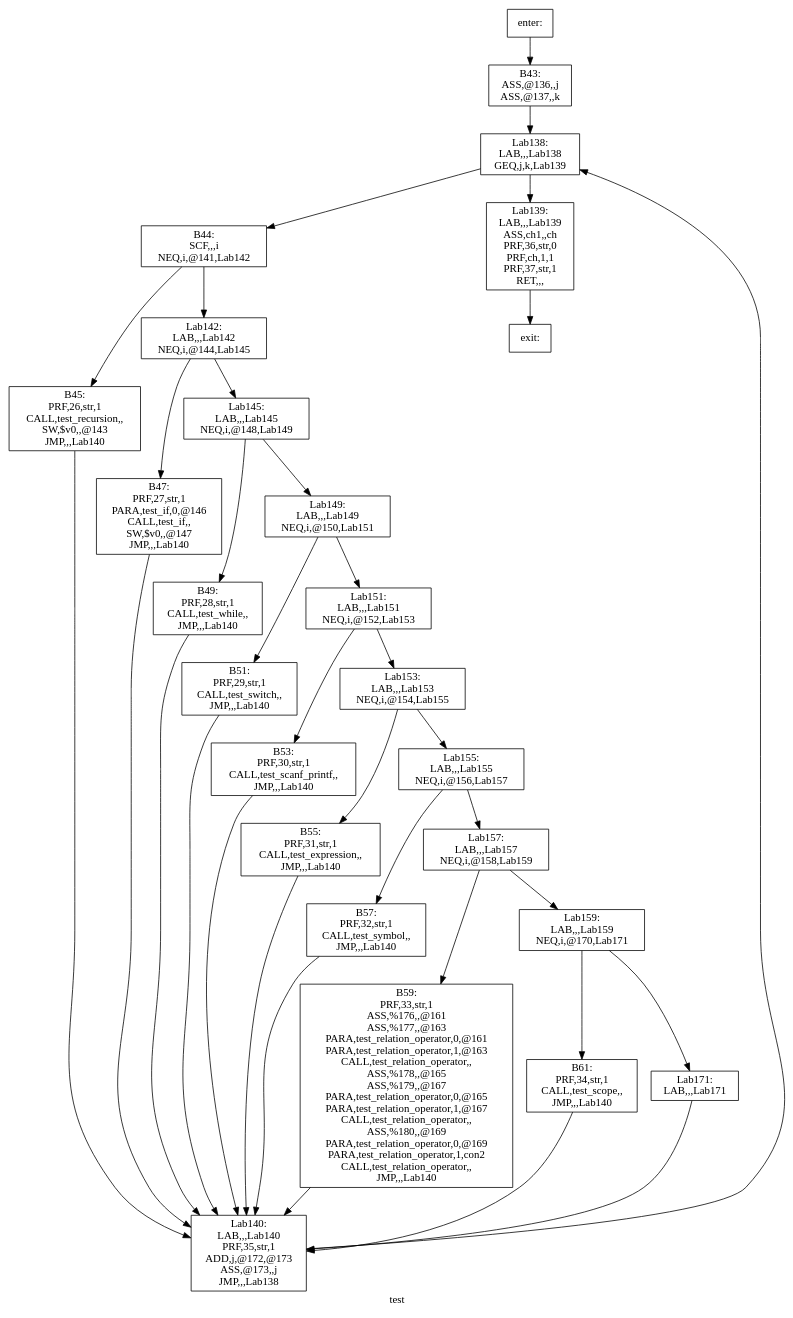
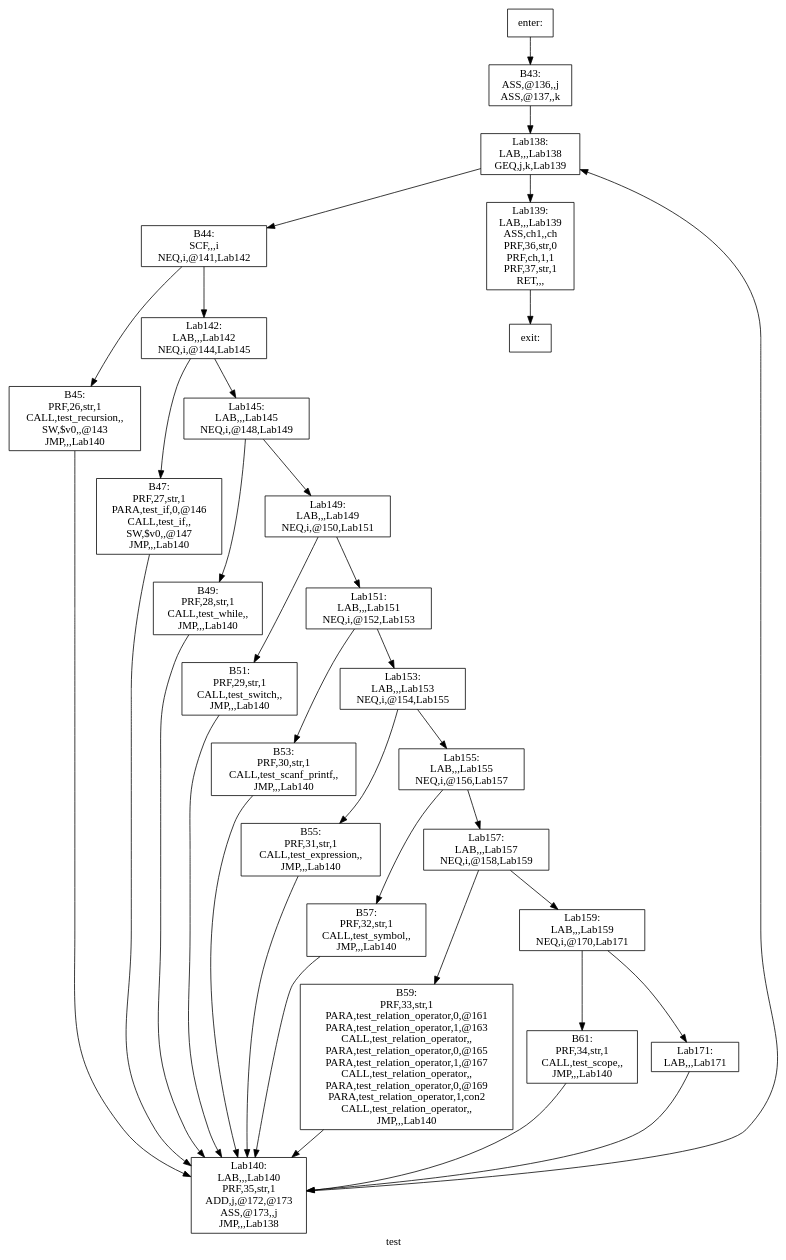
One commit to yifan123/Compiler changed the diagram in Compiler/basic_block/dot/test.dot. Above: the diagram before and after it, drawn with Graphviz. The commit also changed 24 other files, not shown here.

Commit message:
整个编译器已经完工，优化已做了：  … 1. 常量折叠 2. 划分基本块并使用graphviz绘制控制流图 3. 在parser时直接将所有常量的值计算出来 接下来准备做： 1. 还没想好，可能是数据流......

```diff
--- a/Compiler/basic_block/dot/test.dot
+++ b/Compiler/basic_block/dot/test.dot
@@ -1,62 +1,62 @@
 digraph test{
 label =test
 B43[label="B43:\nASS,@136,,j\nASS,@137,,k\n" shape=box]
 B44[label="B44:\nSCF,,,i\nNEQ,i,@141,Lab142\n" shape=box]
 B45[label="B45:\nPRF,26,str,1\nCALL,test_recursion,,\nSW,$v0,,@143\nJMP,,,Lab140\n" shape=box]
 B47[label="B47:\nPRF,27,str,1\nPARA,test_if,0,@146\nCALL,test_if,,\nSW,$v0,,@147\nJMP,,,Lab140\n" shape=box]
 B49[label="B49:\nPRF,28,str,1\nCALL,test_while,,\nJMP,,,Lab140\n" shape=box]
 B51[label="B51:\nPRF,29,str,1\nCALL,test_switch,,\nJMP,,,Lab140\n" shape=box]
 B53[label="B53:\nPRF,30,str,1\nCALL,test_scanf_printf,,\nJMP,,,Lab140\n" shape=box]
 B55[label="B55:\nPRF,31,str,1\nCALL,test_expression,,\nJMP,,,Lab140\n" shape=box]
 B57[label="B57:\nPRF,32,str,1\nCALL,test_symbol,,\nJMP,,,Lab140\n" shape=box]
-B59[label="B59:\nPRF,33,str,1\nASS,%176,,@161\nASS,%177,,@163\nPARA,test_relation_operator,0,@161\nPARA,test_relation_operator,1,@163\nCALL,test_relation_operator,,\nASS,%178,,@165\nASS,%179,,@167\nPARA,test_relation_operator,0,@165\nPARA,test_relation_operator,1,@167\nCALL,test_relation_operator,,\nASS,%180,,@169\nPARA,test_relation_operator,0,@169\nPARA,test_relation_operator,1,con2\nCALL,test_relation_operator,,\nJMP,,,Lab140\n" shape=box]
+B59[label="B59:\nPRF,33,str,1\nPARA,test_relation_operator,0,@161\nPARA,test_relation_operator,1,@163\nCALL,test_relation_operator,,\nPARA,test_relation_operator,0,@165\nPARA,test_relation_operator,1,@167\nCALL,test_relation_operator,,\nPARA,test_relation_operator,0,@169\nPARA,test_relation_operator,1,con2\nCALL,test_relation_operator,,\nJMP,,,Lab140\n" shape=box]
 B61[label="B61:\nPRF,34,str,1\nCALL,test_scope,,\nJMP,,,Lab140\n" shape=box]
 Lab138[label="Lab138:\nLAB,,,Lab138\nGEQ,j,k,Lab139\n" shape=box]
 Lab139[label="Lab139:\nLAB,,,Lab139\nASS,ch1,,ch\nPRF,36,str,0\nPRF,ch,1,1\nPRF,37,str,1\nRET,,,\n" shape=box]
 Lab140[label="Lab140:\nLAB,,,Lab140\nPRF,35,str,1\nADD,j,@172,@173\nASS,@173,,j\nJMP,,,Lab138\n" shape=box]
 Lab142[label="Lab142:\nLAB,,,Lab142\nNEQ,i,@144,Lab145\n" shape=box]
 Lab145[label="Lab145:\nLAB,,,Lab145\nNEQ,i,@148,Lab149\n" shape=box]
 Lab149[label="Lab149:\nLAB,,,Lab149\nNEQ,i,@150,Lab151\n" shape=box]
 Lab151[label="Lab151:\nLAB,,,Lab151\nNEQ,i,@152,Lab153\n" shape=box]
 Lab153[label="Lab153:\nLAB,,,Lab153\nNEQ,i,@154,Lab155\n" shape=box]
 Lab155[label="Lab155:\nLAB,,,Lab155\nNEQ,i,@156,Lab157\n" shape=box]
 Lab157[label="Lab157:\nLAB,,,Lab157\nNEQ,i,@158,Lab159\n" shape=box]
 Lab159[label="Lab159:\nLAB,,,Lab159\nNEQ,i,@170,Lab171\n" shape=box]
 Lab171[label="Lab171:\nLAB,,,Lab171\n" shape=box]
 enter[label="enter:\n" shape=box]
 exit[label="exit:\n" shape=box]
 B43->Lab138
 B44->B45
 B44->Lab142
 B45->Lab140
 B47->Lab140
 B49->Lab140
 B51->Lab140
 B53->Lab140
 B55->Lab140
 B57->Lab140
 B59->Lab140
 B61->Lab140
 Lab138->B44
 Lab138->Lab139
 Lab139->exit
 Lab140->Lab138
 Lab142->B47
 Lab142->Lab145
 Lab145->B49
 Lab145->Lab149
 Lab149->B51
 Lab149->Lab151
 Lab151->B53
 Lab151->Lab153
 Lab153->B55
 Lab153->Lab155
 Lab155->B57
 Lab155->Lab157
 Lab157->B59
 Lab157->Lab159
 Lab159->B61
 Lab159->Lab171
 Lab171->Lab140
 enter->B43
 }
```
